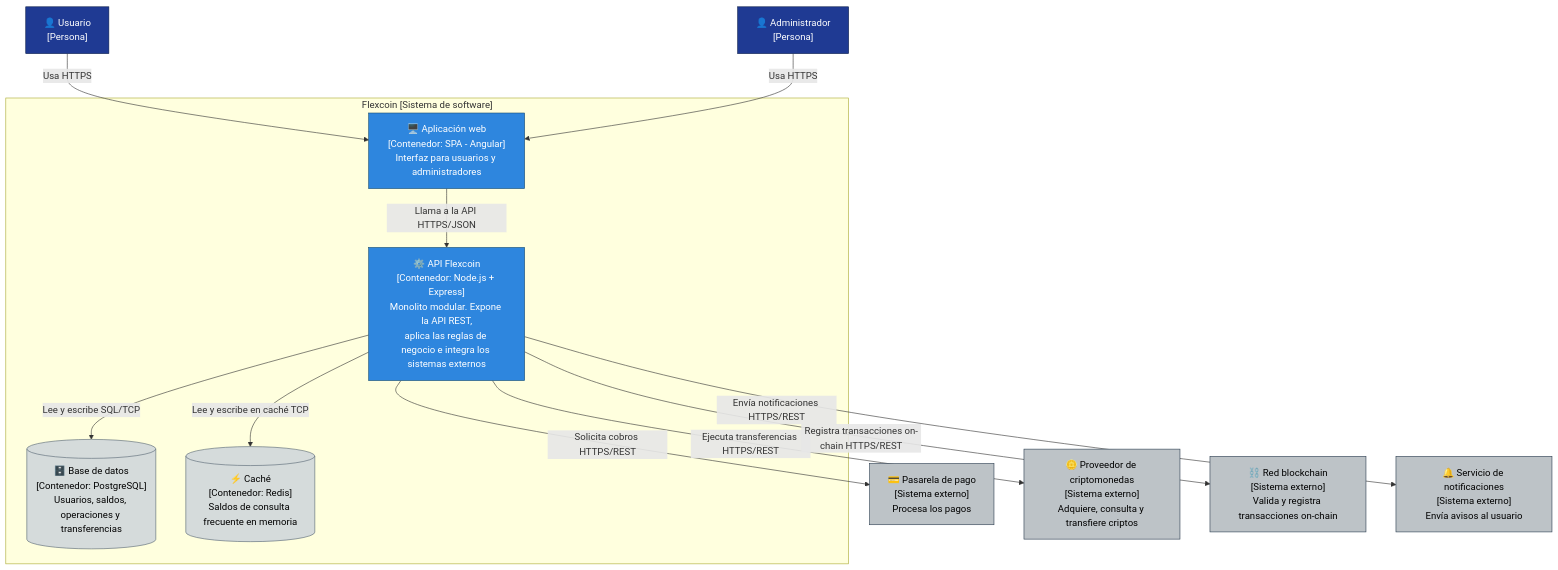
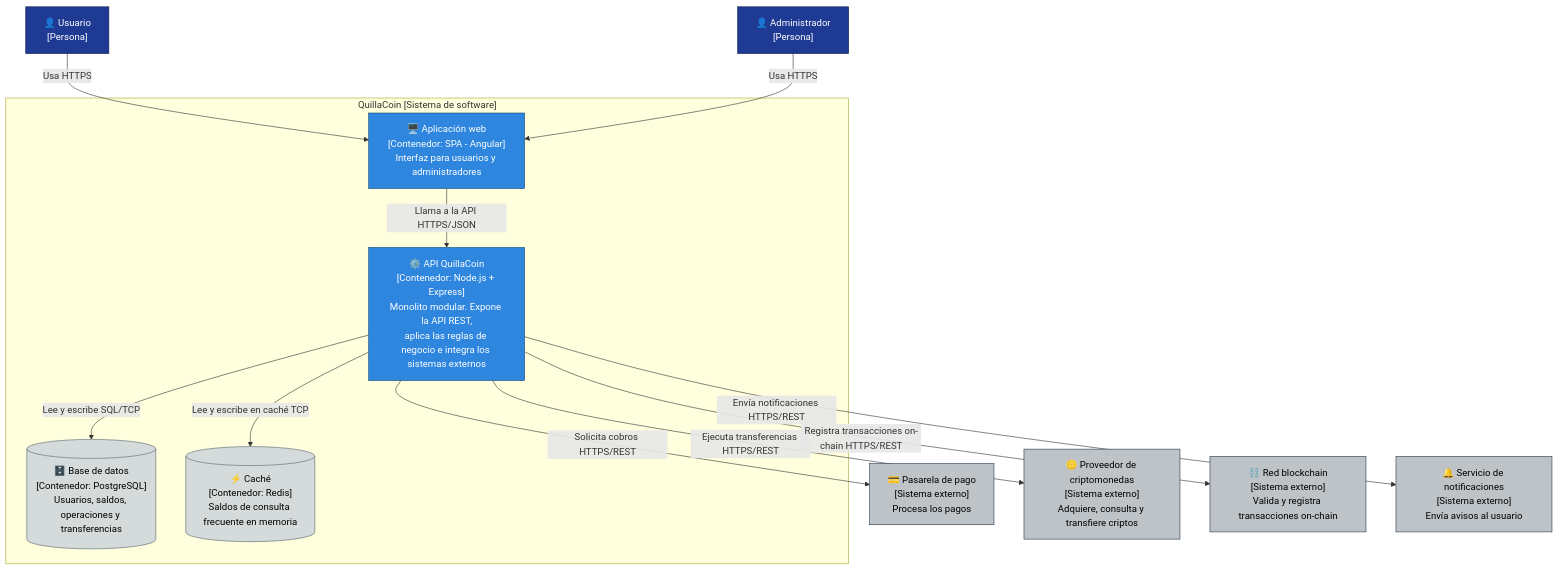
Before and after one commit to B3L70N/Flexcoin-arquitSoft-02-Jordy-Huaman: the diagram in docs/04-modelo-c4/Nivel2-DiagramadeContenedores.md, drawn with Mermaid. The commit also changed other lines of this file and 14 other files, not shown here.

Commit message:
Cambio de nombre del sistema Flexcoin por QuillaCoin

````diff
--- a/docs/04-modelo-c4/Nivel2-DiagramadeContenedores.md
+++ b/docs/04-modelo-c4/Nivel2-DiagramadeContenedores.md
@@ -24,41 +24,41 @@
 ```mermaid
 flowchart TB
     Usuario["👤 Usuario<br/>[Persona]"]
     Admin["👤 Administrador<br/>[Persona]"]
 
-    subgraph Flexcoin ["Flexcoin [Sistema de software]"]
+    subgraph QuillaCoin ["QuillaCoin [Sistema de software]"]
         WebApp["🖥️ Aplicación web<br/>[Contenedor: SPA - Angular]<br/>Interfaz para usuarios y administradores"]
-        API["⚙️ API Flexcoin<br/>[Contenedor: Node.js + Express]<br/>Monolito modular. Expone la API REST,<br/>aplica las reglas de negocio e integra los sistemas externos"]
+        API["⚙️ API QuillaCoin<br/>[Contenedor: Node.js + Express]<br/>Monolito modular. Expone la API REST,<br/>aplica las reglas de negocio e integra los sistemas externos"]
         DB[("🗄️ Base de datos<br/>[Contenedor: PostgreSQL]<br/>Usuarios, saldos, operaciones y transferencias")]
         Cache[("⚡ Caché<br/>[Contenedor: Redis]<br/>Saldos de consulta frecuente en memoria")]
     end
 
     Pasarela["💳 Pasarela de pago<br/>[Sistema externo]<br/>Procesa los pagos"]
     Proveedor["🪙 Proveedor de criptomonedas<br/>[Sistema externo]<br/>Adquiere, consulta y transfiere criptos"]
     Blockchain["⛓️ Red blockchain<br/>[Sistema externo]<br/>Valida y registra transacciones on-chain"]
     Notif["🔔 Servicio de notificaciones<br/>[Sistema externo]<br/>Envía avisos al usuario"]
 
     Usuario -->|Usa HTTPS| WebApp
     Admin -->|Usa HTTPS| WebApp
 
     WebApp -->|Llama a la API HTTPS/JSON| API
 
     API -->|Lee y escribe SQL/TCP| DB
     API -->|Lee y escribe en caché TCP| Cache
 
     API -->|Solicita cobros HTTPS/REST| Pasarela
     API -->|Ejecuta transferencias HTTPS/REST| Proveedor
     API -->|Registra transacciones on-chain HTTPS/REST| Blockchain
     API -->|Envía notificaciones HTTPS/REST| Notif
 
     style Usuario fill:#1f3a93,stroke:#0d1e4c,color:#ffffff
     style Admin fill:#1f3a93,stroke:#0d1e4c,color:#ffffff
     style WebApp fill:#2e86de,stroke:#1b4f72,color:#ffffff
     style API fill:#2e86de,stroke:#1b4f72,color:#ffffff
     style DB fill:#d5dbdb,stroke:#566573,color:#000000
     style Cache fill:#d5dbdb,stroke:#566573,color:#000000
     style Pasarela fill:#bdc3c7,stroke:#2c3e50,color:#000000
     style Proveedor fill:#bdc3c7,stroke:#2c3e50,color:#000000
     style Blockchain fill:#bdc3c7,stroke:#2c3e50,color:#000000
     style Notif fill:#bdc3c7,stroke:#2c3e50,color:#000000
 ```
````
